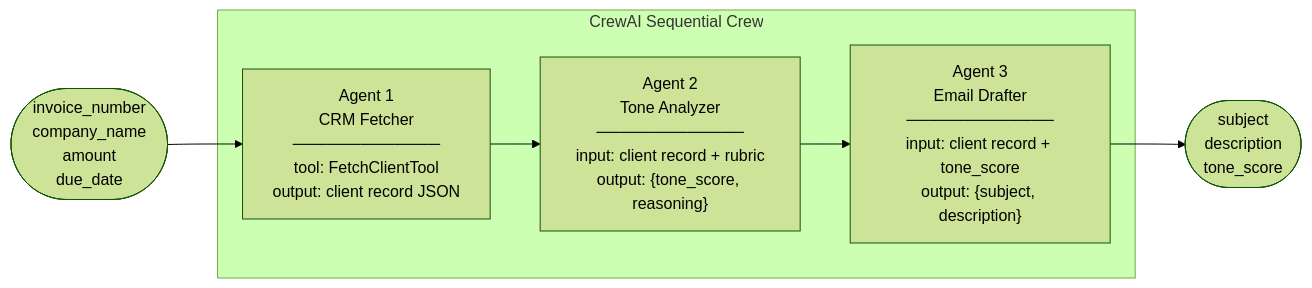
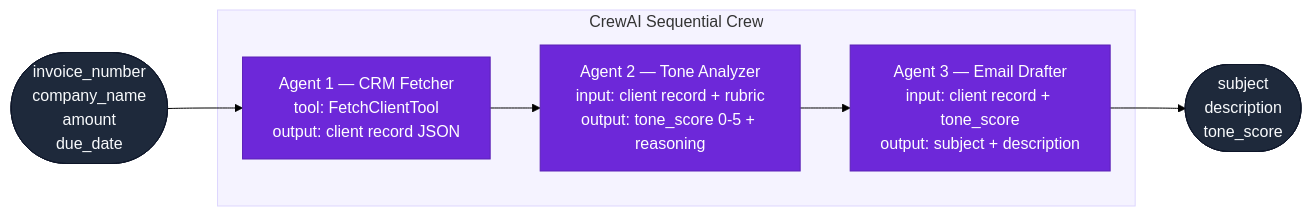
One commit to Avii3301/cashCollection-A2A changed the second of 9 diagrams in DESIGN.md. Above: the diagram before and after it, drawn with Mermaid (forest theme). The commit also changed other lines of this file, not shown here.

Commit message:
Fix Mermaid parse errors and add professional color scheme to all diagrams

````diff
--- a/DESIGN.md
+++ b/DESIGN.md
@@ -115,14 +128,19 @@
 ```mermaid
 flowchart LR
-    IN([invoice_number\ncompany_name\namount\ndue_date])
+    classDef io    fill:#1e293b,stroke:#0f172a,color:#f8fafc
+    classDef agent fill:#6d28d9,stroke:#5b21b6,color:#fff
 
-    subgraph crew [CrewAI Sequential Crew]
-        A1["Agent 1\nCRM Fetcher\n─────────────\ntool: FetchClientTool\noutput: client record JSON"]
-        A2["Agent 2\nTone Analyzer\n─────────────\ninput: client record + rubric\noutput: {tone_score, reasoning}"]
-        A3["Agent 3\nEmail Drafter\n─────────────\ninput: client record + tone_score\noutput: {subject, description}"]
+    IN(["invoice_number\ncompany_name\namount\ndue_date"]):::io
+
+    subgraph crew ["  CrewAI Sequential Crew  "]
+        A1["Agent 1 — CRM Fetcher\ntool: FetchClientTool\noutput: client record JSON"]:::agent
+        A2["Agent 2 — Tone Analyzer\ninput: client record + rubric\noutput: tone_score 0-5 + reasoning"]:::agent
+        A3["Agent 3 — Email Drafter\ninput: client record + tone_score\noutput: subject + description"]:::agent
     end
 
-    OUT([subject\ndescription\ntone_score])
+    OUT(["subject\ndescription\ntone_score"]):::io
 
     IN --> A1 --> A2 --> A3 --> OUT
+
+    style crew fill:#f5f3ff,stroke:#ddd6fe
 ```
````
